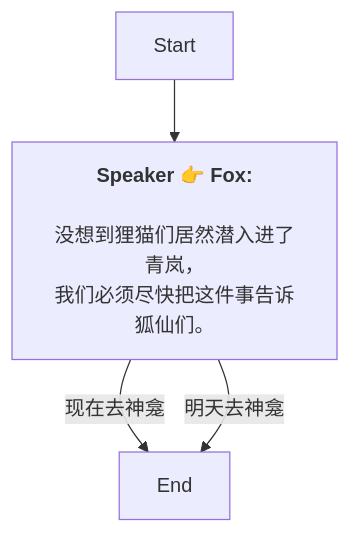
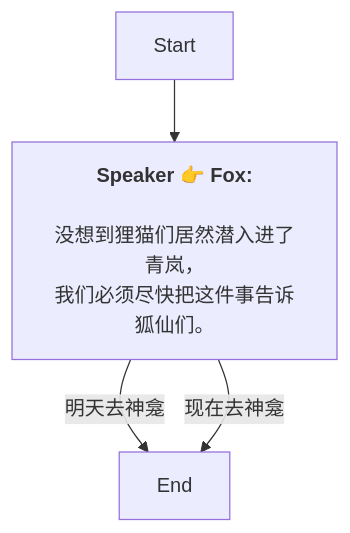
Before and after one commit to SoftHu/tos_avg: the diagram in Zh/QuestStartTalkENode_1761909448383730.md, drawn with Mermaid. The commit also changed other lines of this file and 780 other files, not shown here.

````diff
--- a/Zh/QuestStartTalkENode_1761909448383730.md
+++ b/Zh/QuestStartTalkENode_1761909448383730.md
@@ -1,9 +1,9 @@
 ```mermaid
 graph
 Start -->1761910188962040[<b>Speaker 👉 Fox:</b>
 \n没想到狸猫们居然潜入进了青岚，
 我们必须尽快把这件事告诉狐仙们。]
+1761910188962040 -->|明天去神龛|1761910593586431[End]
 1761910188962040 -->|现在去神龛|1761910593586431[End]
-1761910188962040 -->|明天去神龛|1761910593586431[End]
 
 ```
````
